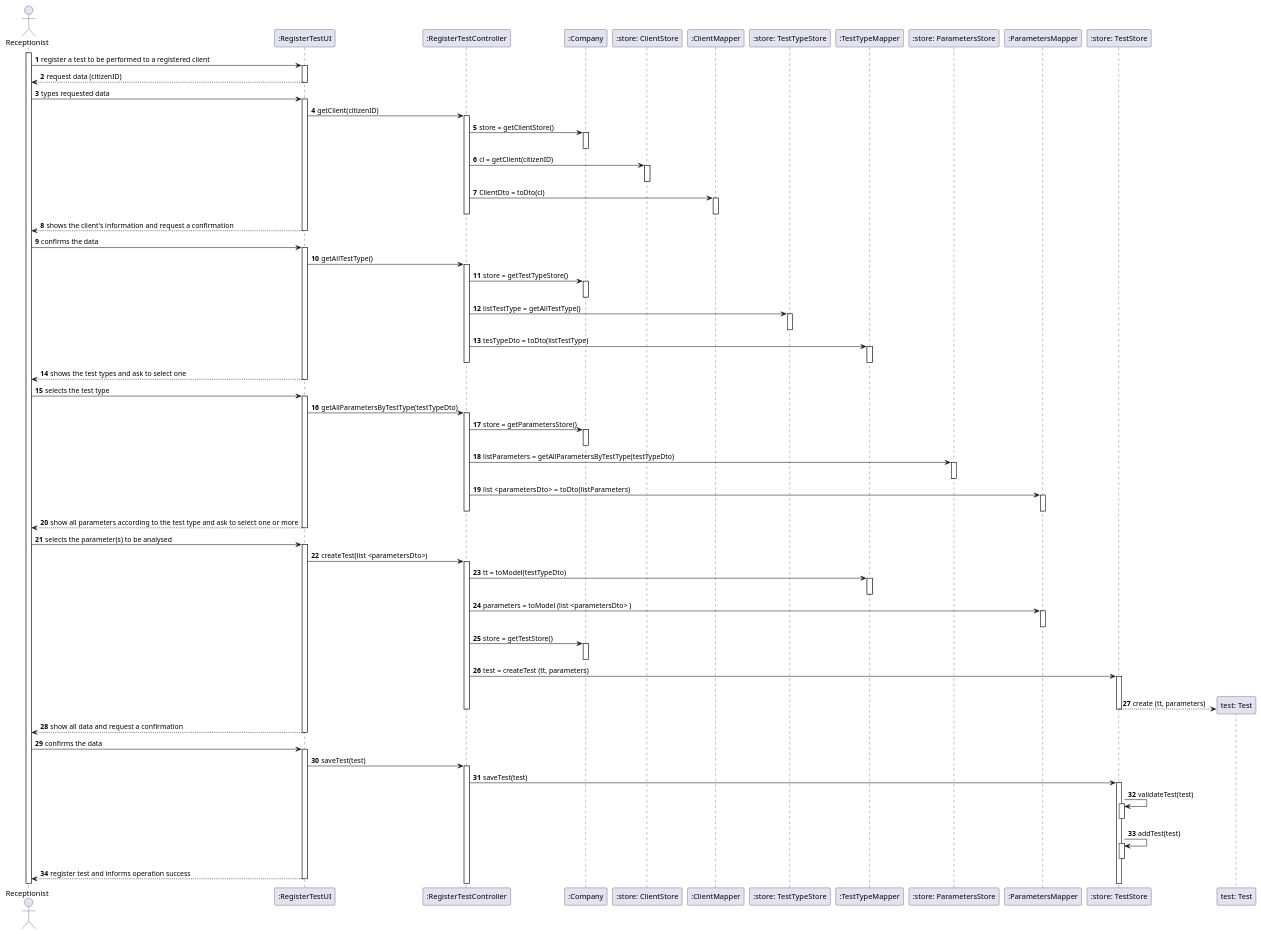
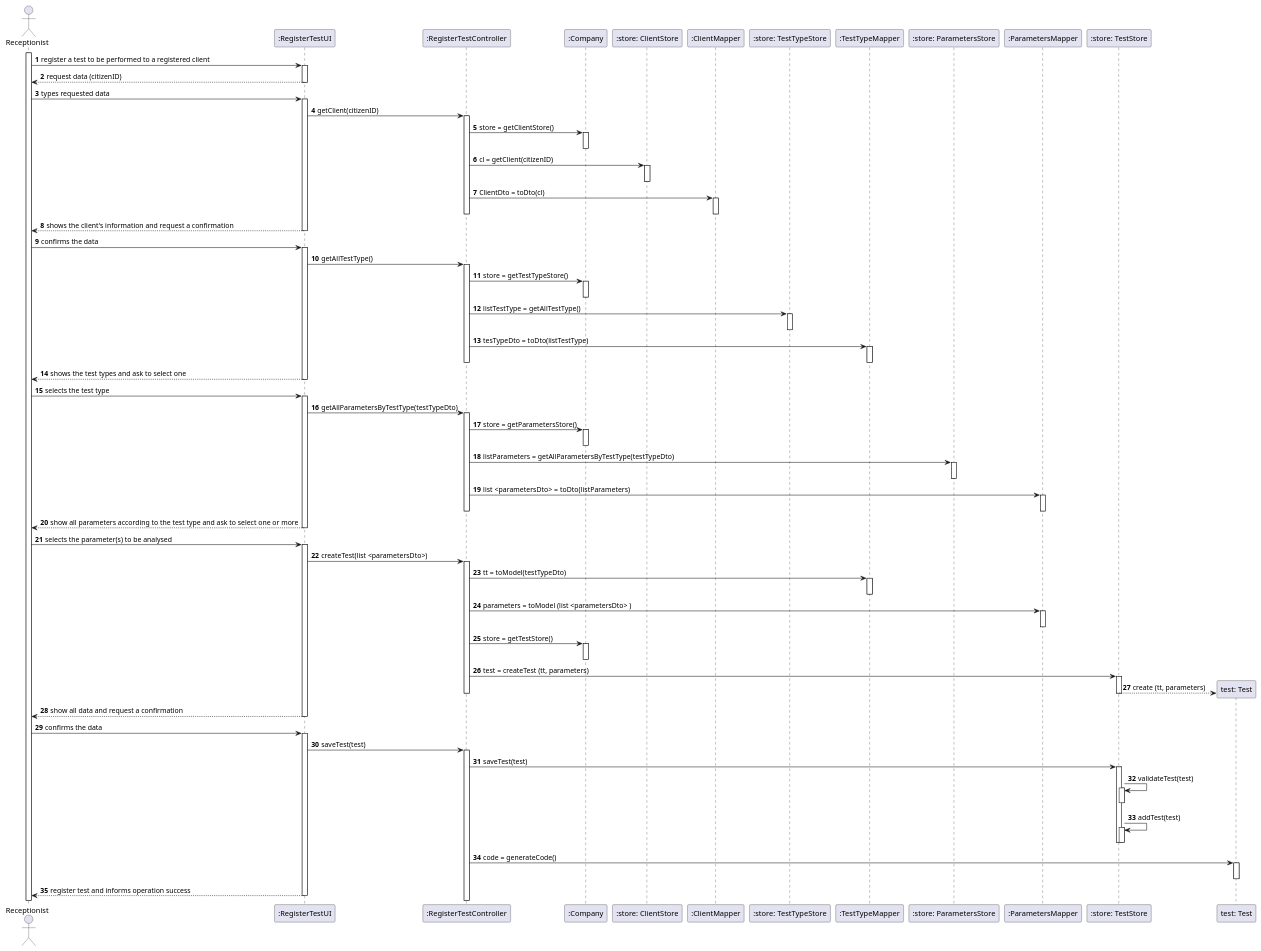
Before and after one commit to 0franciscor/lei-21-s2-1de-g19: the diagram in docs/SprintC/US04/US04-SD.puml, drawn with PlantUML. The commit also changed 3 other files, not shown here.

```diff
--- a/docs/SprintC/US04/US04-SD.puml
+++ b/docs/SprintC/US04/US04-SD.puml
@@ -1,147 +1,156 @@
 @startuml
 'https://plantuml.com/sequence-diagram
 
 autonumber
 
 actor "Receptionist" as R
 activate R
 
 
 R -> ":RegisterTestUI" : register a test to be performed to a registered client
 activate ":RegisterTestUI"
 ":RegisterTestUI" --> R: request data (citizenID)
 deactivate ":RegisterTestUI"
 R -> ":RegisterTestUI" : types requested data
 
 
 activate ":RegisterTestUI"
 
 
 ":RegisterTestUI" -> ":RegisterTestController": getClient(citizenID)
 
 
 activate ":RegisterTestController"
 ":RegisterTestController" -> ":Company" : store = getClientStore()
 activate ":Company"
 deactivate ":Company"
 
 ":RegisterTestController" -> ":store: ClientStore" : cl = getClient(citizenID)
 activate ":store: ClientStore"
 deactivate ":store: ClientStore"
 
 ":RegisterTestController" -> ":ClientMapper" : ClientDto = toDto(cl)
 activate ":ClientMapper"
 deactivate ":ClientMapper"
 
 
 deactivate ":RegisterTestController"
 
 
 
 ":RegisterTestUI" --> R: shows the client's information and request a confirmation
 deactivate ":RegisterTestUI"
 
 
 
 
 R -> ":RegisterTestUI" : confirms the data
 activate ":RegisterTestUI"
 
 
 ":RegisterTestUI" -> ":RegisterTestController": getAllTestType()
 activate ":RegisterTestController"
 ":RegisterTestController" -> ":Company": store = getTestTypeStore()
 activate ":Company"
 
 deactivate ":Company"
 ":RegisterTestController" -> ":store: TestTypeStore": listTestType = getAllTestType()
 activate ":store: TestTypeStore"
 deactivate ":store: TestTypeStore"
 
 ":RegisterTestController" -> ":TestTypeMapper": tesTypeDto = toDto(listTestType)
 activate ":TestTypeMapper"
 deactivate ":TestTypeMapper"
 deactivate ":RegisterTestController"
 ":RegisterTestUI" --> R: shows the test types and ask to select one
 deactivate ":RegisterTestUI"
 R -> ":RegisterTestUI": selects the test type
 activate ":RegisterTestUI"
 
 ":RegisterTestUI" -> ":RegisterTestController": getAllParametersByTestType(testTypeDto)
 activate ":RegisterTestController"
 ":RegisterTestController" -> ":Company": store = getParametersStore()
 activate ":Company"
 deactivate ":Company"
 
 ":RegisterTestController" -> ":store: ParametersStore": listParameters = getAllParametersByTestType(testTypeDto)
 activate ":store: ParametersStore"
 deactivate ":store: ParametersStore"
 
 ":RegisterTestController" -> ":ParametersMapper": list <parametersDto>  = toDto(listParameters)
 activate ":ParametersMapper"
 deactivate ":ParametersMapper"
 
 deactivate ":RegisterTestController"
 
 ":RegisterTestUI" --> R: show all parameters according to the test type and ask to select one or more
 deactivate ":RegisterTestUI"
 
 R -> ":RegisterTestUI": selects the parameter(s) to be analysed
 activate ":RegisterTestUI"
 
 
 
 
 
 
 
 ":RegisterTestUI" -> ":RegisterTestController": createTest(list <parametersDto>)
 activate ":RegisterTestController"
 
 ":RegisterTestController" -> ":TestTypeMapper": tt = toModel(testTypeDto)
 activate ":TestTypeMapper"
 deactivate ":TestTypeMapper"
 
 ":RegisterTestController" -> ":ParametersMapper": parameters = toModel (list <parametersDto> )
 activate ":ParametersMapper"
 deactivate ":ParametersMapper"
 
 
 
 
 
 
 ":RegisterTestController" -> ":Company" ++: store = getTestStore()
 deactivate ":Company"
 
 ":RegisterTestController" -> ":store: TestStore" ++: test = createTest (tt, parameters)
 
 create "test: Test"
-deactivate "test: Test"
 
-":store: TestStore" --> "test: Test" ++: create (tt, parameters)
+":store: TestStore" --> "test: Test" : create (tt, parameters)
 deactivate ":store: TestStore"
 deactivate ":RegisterTestController"
 
 ":RegisterTestUI" --> R: show all data and request a confirmation
 deactivate ":RegisterTestUI"
 
 R -> ":RegisterTestUI" : confirms the data
 activate ":RegisterTestUI"
 
 ":RegisterTestUI" -> ":RegisterTestController": saveTest(test)
 
 activate ":RegisterTestController"
 
-":RegisterTestController" -> ":store: TestStore" ++: saveTest(test)
+":RegisterTestController" -> ":store: TestStore" : saveTest(test)
+
+activate ":store: TestStore"
+
 ":store: TestStore" -> ":store: TestStore": validateTest(test)
 activate ":store: TestStore"
 deactivate ":store: TestStore"
 ":store: TestStore" -> ":store: TestStore": addTest(test)
 activate ":store: TestStore"
 deactivate ":store: TestStore"
 
+deactivate ":store: TestStore"
+
+":RegisterTestController" -> "test: Test" : code = generateCode()
+
+activate "test: Test"
+deactivate "test: Test"
+
 
 ":RegisterTestUI" --> R: register test and informs operation success
 deactivate ":RegisterTestUI"
 @enduml
```
